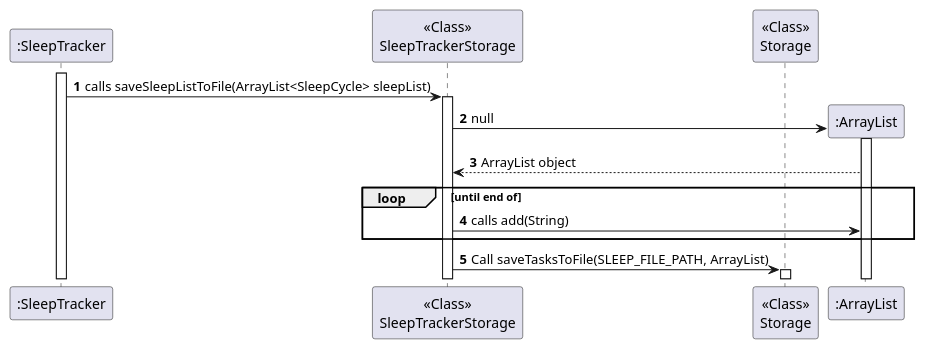
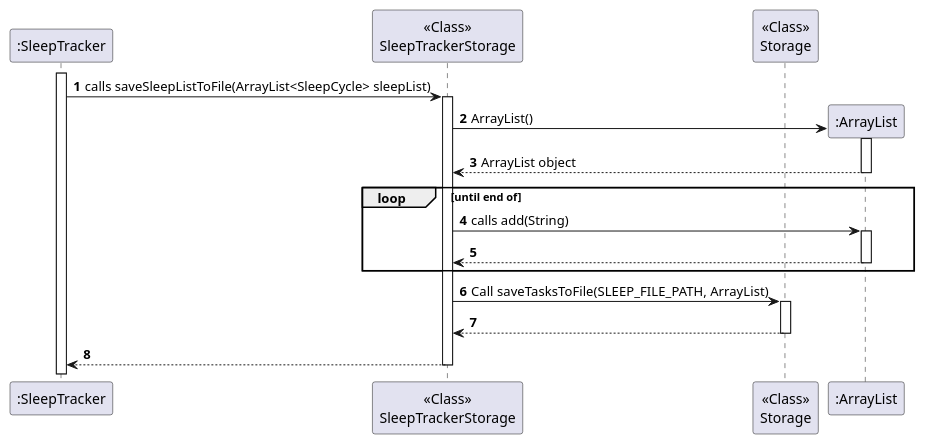
Before and after one commit to AY2324S2-CS2113-T11-1/tp: the diagram in docs/diagrams/storage/StorageSequenceSleep.puml, drawn with PlantUML. The commit also changed 3 other files, not shown here.

Commit message:
Edit sequence diagram for Storage component

```diff
--- a/docs/diagrams/storage/StorageSequenceSleep.puml
+++ b/docs/diagrams/storage/StorageSequenceSleep.puml
@@ -1,24 +1,34 @@
 @startuml
 'https://plantuml.com/sequence-diagram
+!pragma sequenceDiagramActive false
 
 autonumber
 
 participant ":SleepTracker" as SleepTracker
 participant "<<Class>>\nSleepTrackerStorage" as SleepTrackerStorage
 participant "<<Class>>\nStorage" as Storage
 participant ":ArrayList" as ArrayList
 
 activate SleepTracker
 SleepTracker -> SleepTrackerStorage: calls saveSleepListToFile(ArrayList<SleepCycle> sleepList)
 activate SleepTrackerStorage
 create ArrayList
-SleepTrackerStorage -> ArrayList: null
+SleepTrackerStorage -> ArrayList: ArrayList()
 activate ArrayList
 ArrayList --> SleepTrackerStorage: ArrayList object
+deactivate ArrayList
 loop until end of
 SleepTrackerStorage -> ArrayList: calls add(String)
+activate ArrayList
+ArrayList --> SleepTrackerStorage
+deactivate ArrayList
 end
 SleepTrackerStorage -> Storage: Call saveTasksToFile(SLEEP_FILE_PATH, ArrayList)
 activate Storage
+Storage --> SleepTrackerStorage
+deactivate Storage
+SleepTrackerStorage --> SleepTracker
+deactivate SleepTrackerStorage
+
 
 @enduml
```
